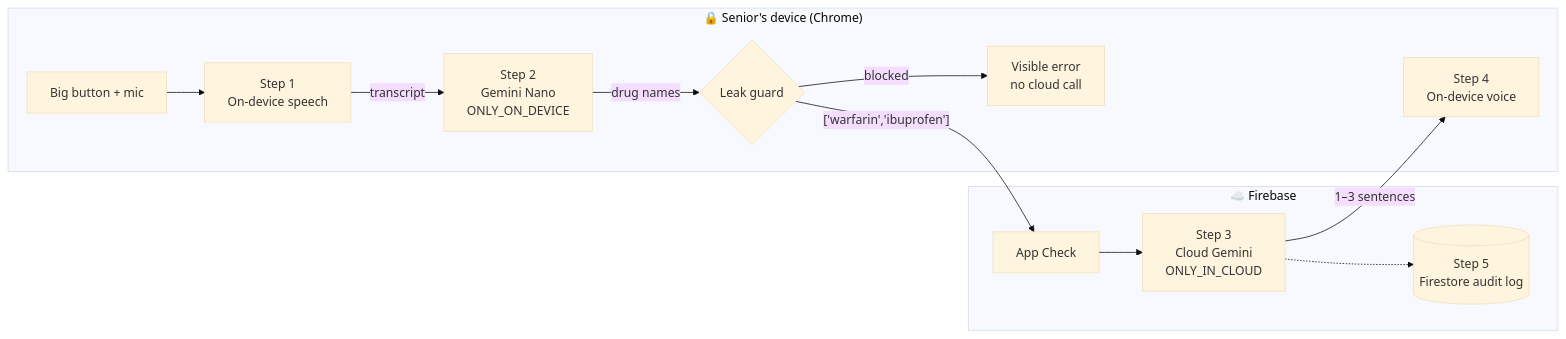
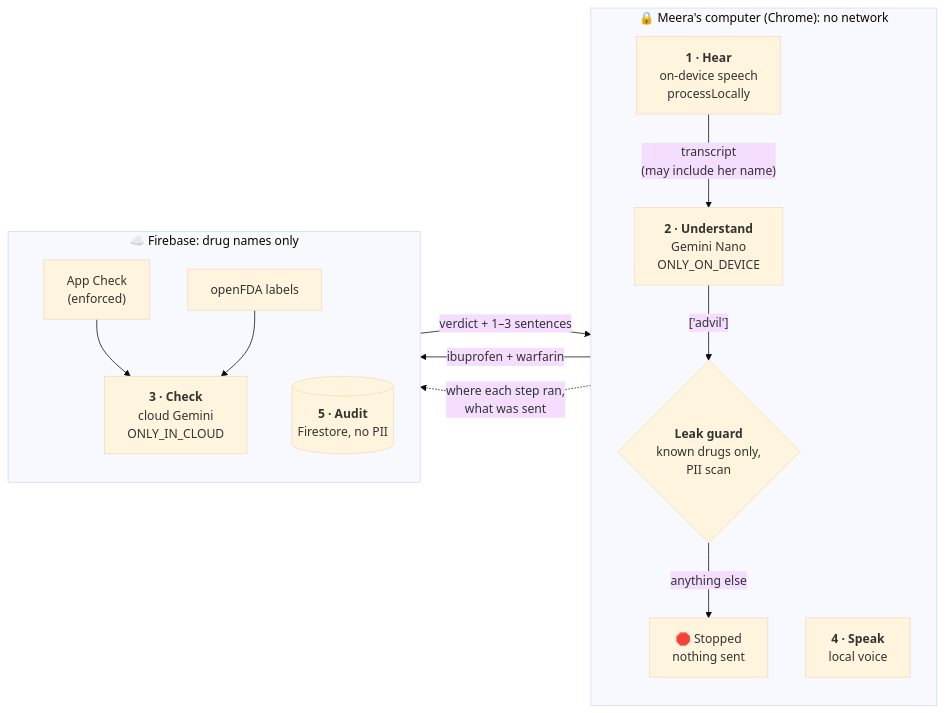
The diagram in README.md (v1h44n17/pillcheck), drawn with Mermaid (base theme) before and after one commit. The commit also changed other lines of this file and 1 other file, not shown here.

````diff
--- a/README.md
+++ b/README.md
@@ -234,18 +238,19 @@
 ```mermaid
 flowchart LR
-  subgraph Device["🔒 Senior's device (Chrome)"]
-    Mic[Big button + mic] --> STT[Step 1<br/>On-device speech]
-    STT -->|transcript| Nano[Step 2<br/>Gemini Nano<br/>ONLY_ON_DEVICE]
-    Nano -->|drug names| Guard{Leak guard}
-    Guard -->|blocked| Stop[Visible error<br/>no cloud call]
-    TTS[Step 4<br/>On-device voice]
+  subgraph Device["🔒 Meera's computer (Chrome): no network"]
+    direction TB
+    S1["<b>1 · Hear</b><br/>on-device speech<br/>processLocally"] -->|"transcript<br/>(may include her name)"| S2["<b>2 · Understand</b><br/>Gemini Nano<br/>ONLY_ON_DEVICE"]
+    S2 -->|"['advil']"| G{"<b>Leak guard</b><br/>known drugs only,<br/>PII scan"}
+    G -->|"anything else"| Block["🛑 Stopped<br/>nothing sent"]
+    S4["<b>4 · Speak</b><br/>local voice"]
   end
-  subgraph Cloud["☁️ Firebase"]
-    Gemini[Step 3<br/>Cloud Gemini<br/>ONLY_IN_CLOUD]
-    FS[(Step 5<br/>Firestore audit log)]
-    AC[App Check]
+  subgraph Cloud["☁️ Firebase: drug names only"]
+    direction TB
+    AC["App Check<br/>(enforced)"] --> S3["<b>3 · Check</b><br/>cloud Gemini<br/>ONLY_IN_CLOUD"]
+    FDA["openFDA labels"] --> S3
+    FS[("<b>5 · Audit</b><br/>Firestore, no PII")]
   end
-  Guard -->|"['warfarin','ibuprofen']"| AC --> Gemini
-  Gemini -->|1–3 sentences| TTS
-  Gemini -.-> FS
+  G -->|"ibuprofen + warfarin"| AC
+  S3 -->|"verdict + 1–3 sentences"| S4
+  S4 -.->|"where each step ran,<br/>what was sent"| FS
 ```
````
